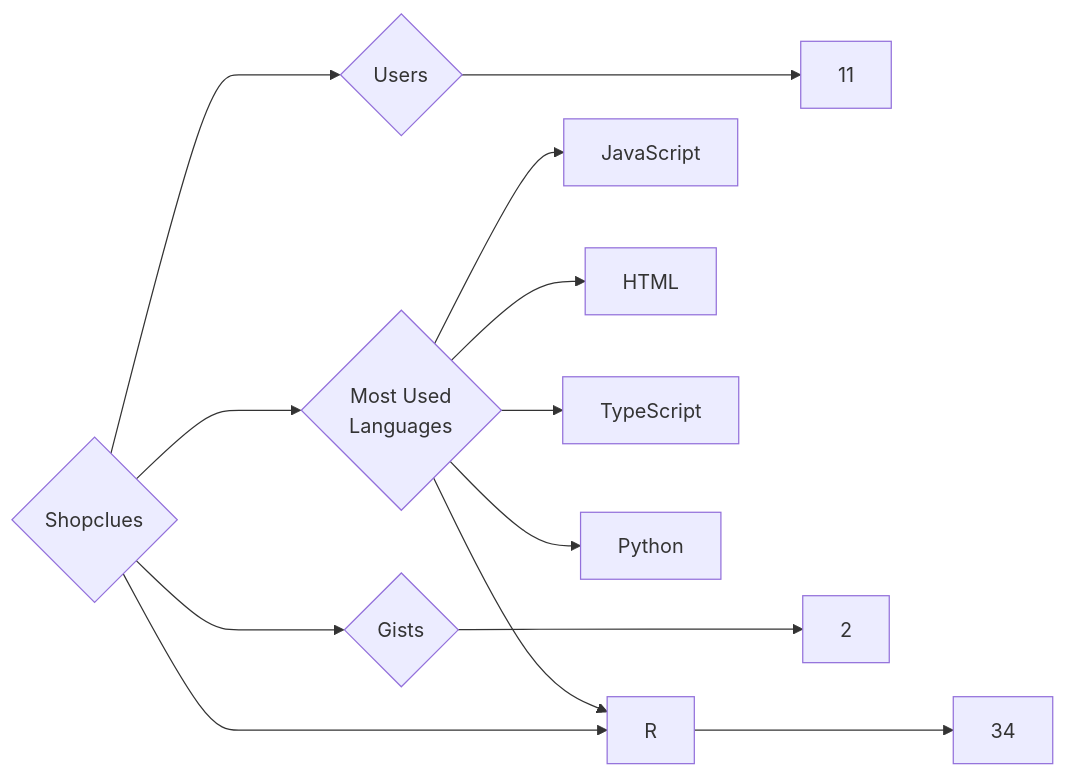
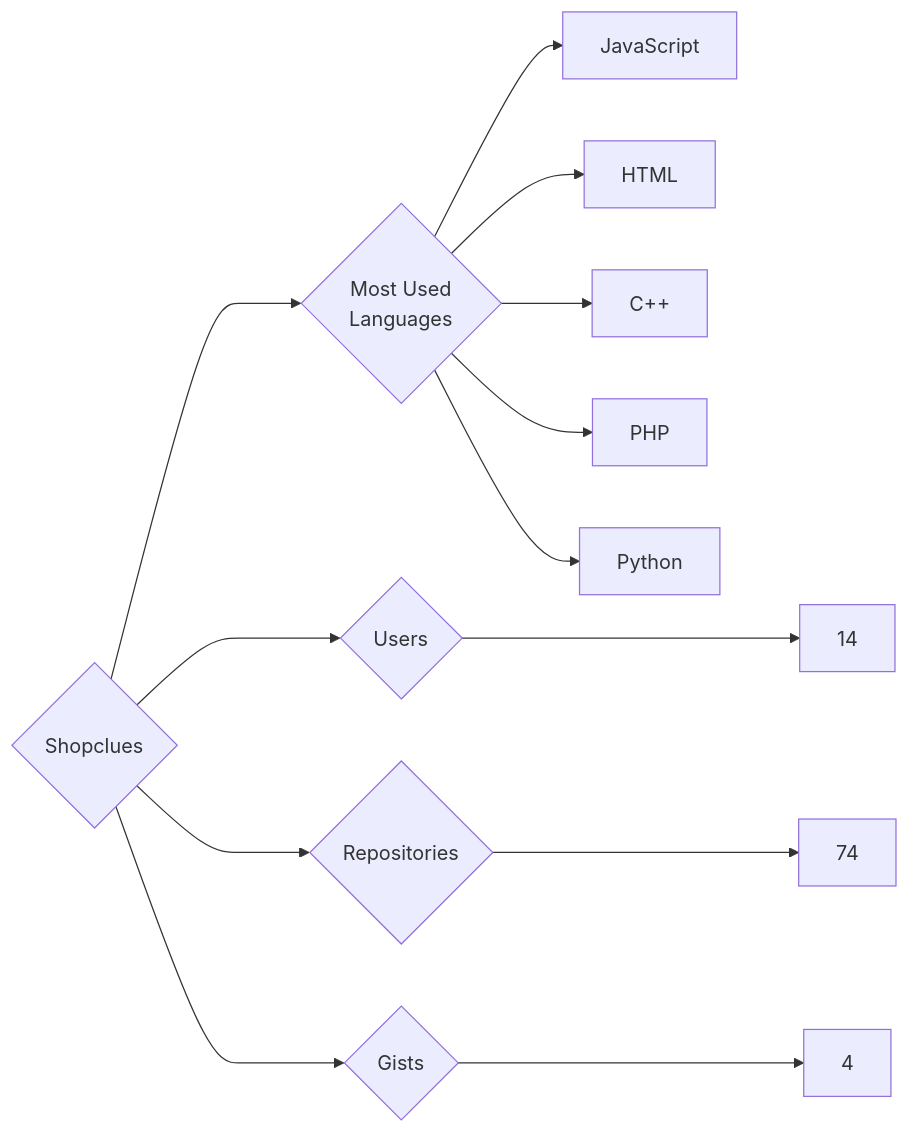
The diagram in targets/Shopclues/README.md (trickest/insiders), drawn with Mermaid before and after one commit. The commit also changed 995 other files, not shown here.

````diff
--- a/targets/Shopclues/README.md
+++ b/targets/Shopclues/README.md
@@ -3,13 +3,13 @@
 ```mermaid
 graph LR
 COMPANY_NAME{Shopclues}
-COMPANY_NAME ---> U{Users} ---> UN[11]
-COMPANY_NAME ---> R{Repositories} ---> RN[34]
-COMPANY_NAME ---> G{Gists} ---> GN[2]
+COMPANY_NAME ---> U{Users} ---> UN[14]
+COMPANY_NAME ---> R{Repositories} ---> RN[74]
+COMPANY_NAME ---> G{Gists} ---> GN[4]
 COMPANY_NAME ---> ML{Most Used<br>Languages}
 ML --> JavaScript[JavaScript]
 ML --> HTML[HTML]
-ML --> TypeScript[TypeScript]
-ML --> R[R]
+ML --> C++[C++]
+ML --> PHP[PHP]
 ML --> Python[Python]
 ```
````
